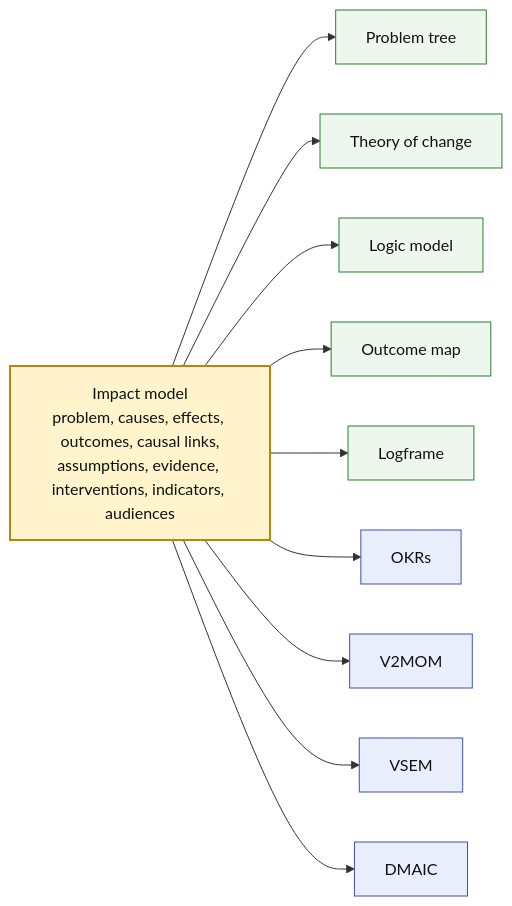
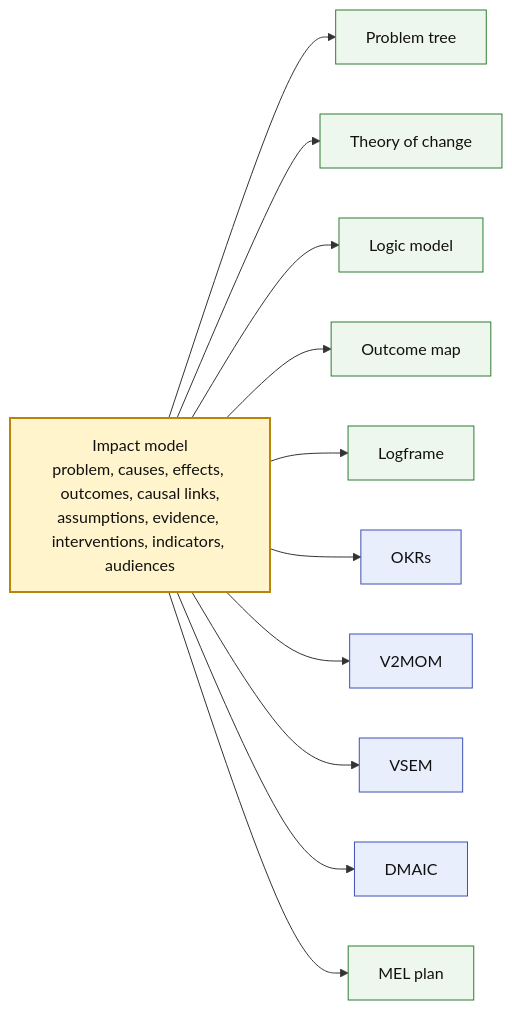
Before and after one commit to ProductBuildersHQ/impact-model: the first of 4 diagrams in docs/index.md, drawn with Mermaid. The commit also changed other lines of this file and 12 other files, not shown here.

````diff
--- a/docs/index.md
+++ b/docs/index.md
@@ -18,17 +19,18 @@
 ```mermaid
 flowchart LR
   classDef model fill:#fff4cc,stroke:#b8860b,stroke-width:2px,color:#111
   classDef method fill:#eef7ee,stroke:#2e7d32,color:#111
   classDef strategy fill:#e8eefc,stroke:#3f51b5,color:#111
 
   im["Impact model<br/>problem, causes, effects, outcomes, causal links,<br/>assumptions, evidence, interventions, indicators, audiences"]:::model
   im --> pt["Problem tree"]:::method
   im --> toc["Theory of change"]:::method
   im --> lm["Logic model"]:::method
   im --> om["Outcome map"]:::method
   im --> lf["Logframe"]:::method
   im --> okr["OKRs"]:::strategy
   im --> v2["V2MOM"]:::strategy
   im --> vs["VSEM"]:::strategy
   im --> dm["DMAIC"]:::strategy
+  im --> ml["MEL plan"]:::method
 ```
````
